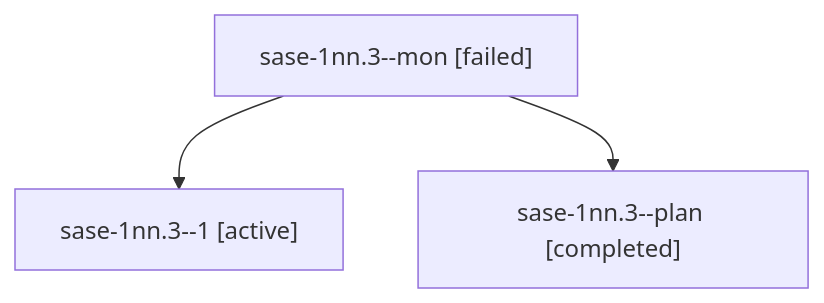
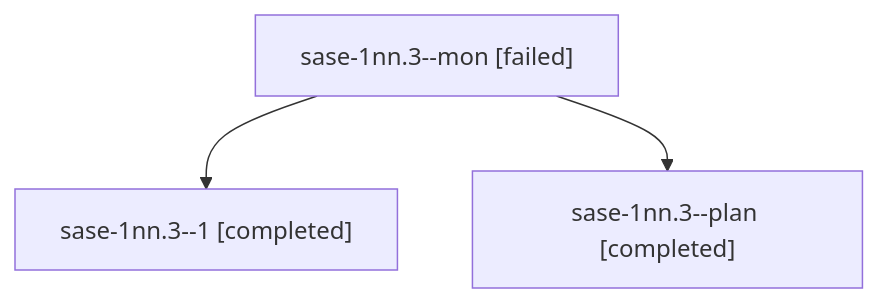
The diagram in sessions/bbugyi200.athena.sase-1nn.3.md (sase-org/sase--agents), drawn with Mermaid before and after one commit. The commit also changed other lines of this file and 22 other files, not shown here.

````diff
--- a/sessions/bbugyi200.athena.sase-1nn.3.md
+++ b/sessions/bbugyi200.athena.sase-1nn.3.md
@@ -9,8 +9,8 @@
 ```mermaid
 flowchart TD
   n0["sase-1nn.3--mon [failed]"]
-  n1["sase-1nn.3--1 [active]"]
+  n1["sase-1nn.3--1 [completed]"]
   n0 --> n1
   n2["sase-1nn.3--plan [completed]"]
   n0 --> n2
 ```
````
